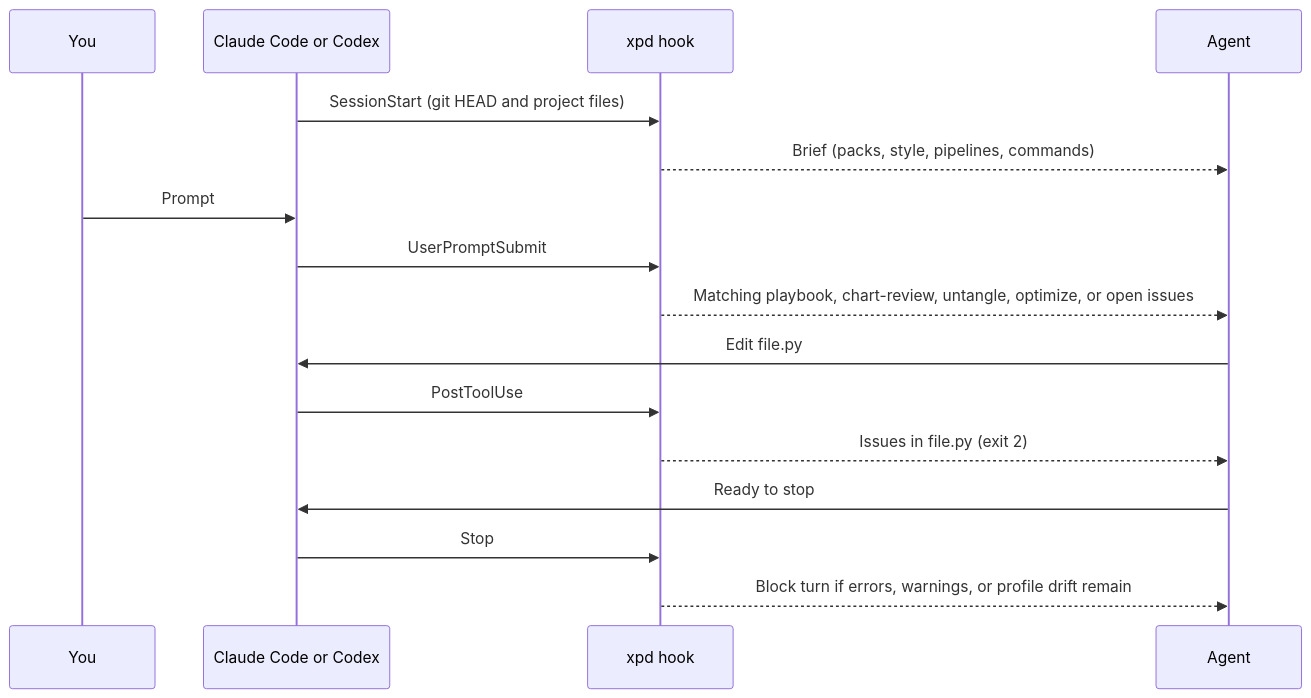
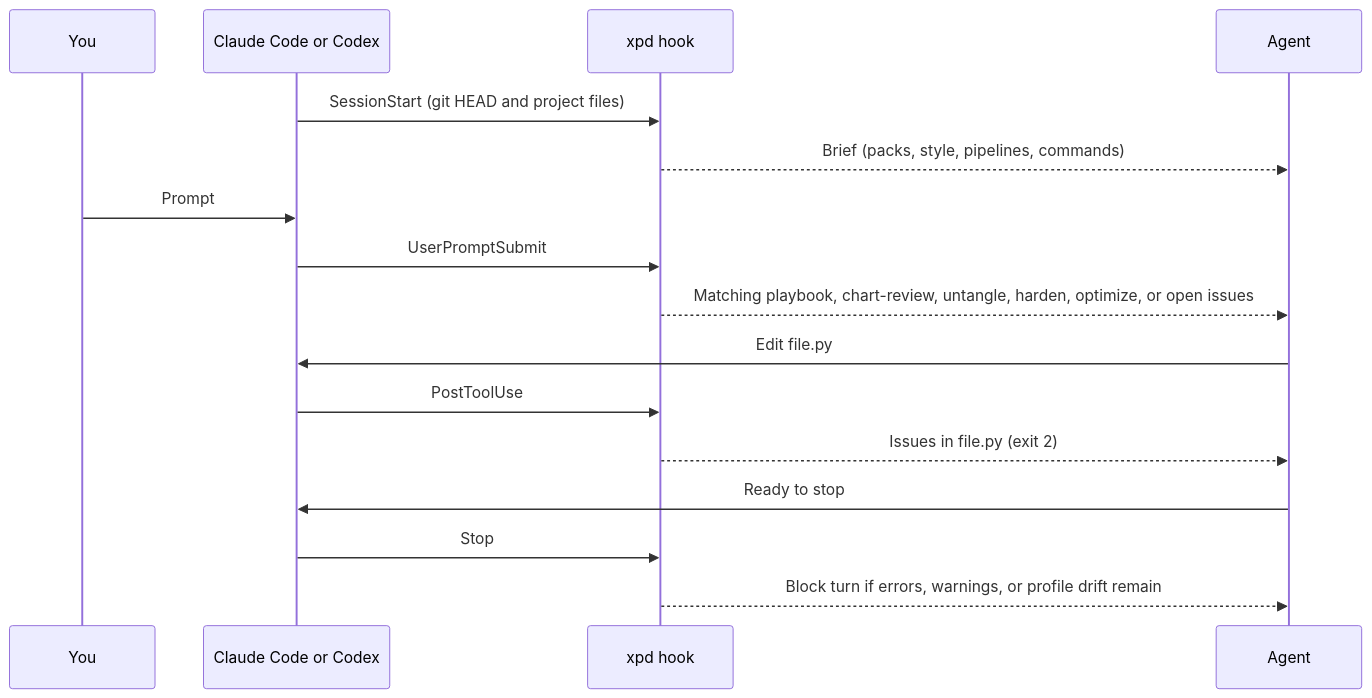
Before and after one commit to bjoernaagaard/xpd: the diagram in website/src/content/docs/guides/claude-code.md, drawn with Mermaid. The commit also changed other lines of this file and 60 other files, not shown here.

````diff
--- a/website/src/content/docs/guides/claude-code.md
+++ b/website/src/content/docs/guides/claude-code.md
@@ -10,18 +10,18 @@
 ```mermaid
 sequenceDiagram
     participant You
     participant Client as Claude Code or Codex
     participant Hook as xpd hook
     participant Agent
     Client->>Hook: SessionStart (git HEAD and project files)
     Hook-->>Agent: Brief (packs, style, pipelines, commands)
     You->>Client: Prompt
     Client->>Hook: UserPromptSubmit
-    Hook-->>Agent: Matching playbook, chart-review, untangle, optimize, or open issues
+    Hook-->>Agent: Matching playbook, chart-review, untangle, harden, optimize, or open issues
     Agent->>Client: Edit file.py
     Client->>Hook: PostToolUse
     Hook-->>Agent: Issues in file.py (exit 2)
     Agent->>Client: Ready to stop
     Client->>Hook: Stop
     Hook-->>Agent: Block turn if errors, warnings, or profile drift remain
 ```
````
